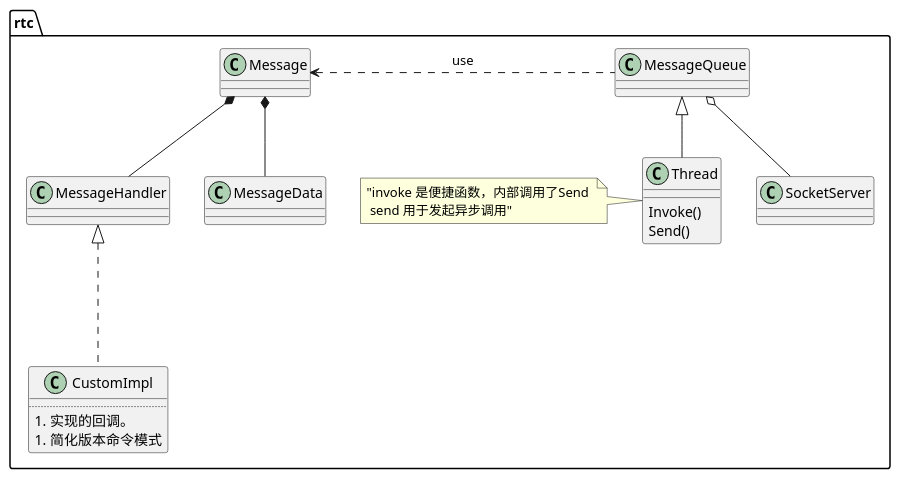
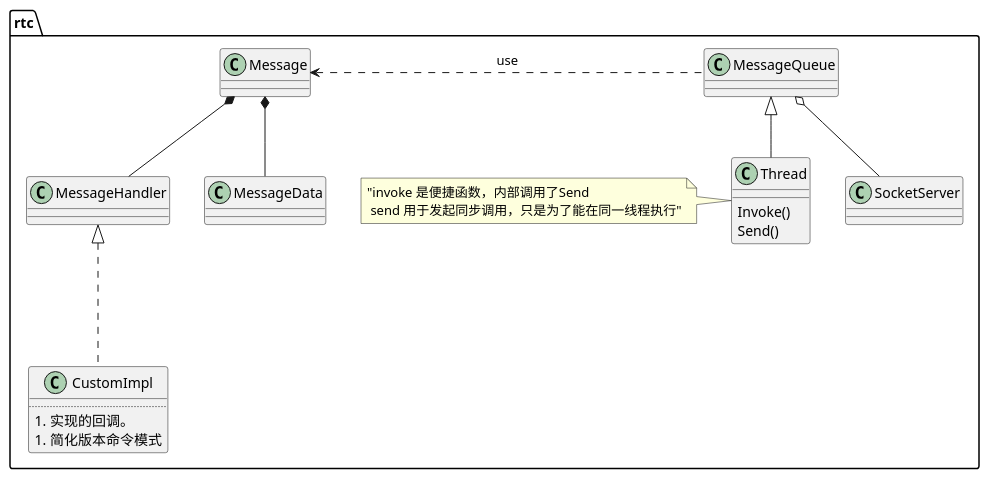
One commit to mingxin505/webrtcNote changed the first of 5 diagrams in webrtc_chrome/Thread.md. Above: the diagram before and after it, drawn with PlantUML. The commit also changed other lines of this file, not shown here.

````diff
--- a/webrtc_chrome/Thread.md
+++ b/webrtc_chrome/Thread.md
@@ -4,23 +4,23 @@
 ```plantuml
 @startuml
 package rtc { 
     class Thread {
         Invoke() 
         Send() 
     }
-    note left: "invoke 是便捷函数，内部调用了Send \n send 用于发起异步调用"
+    note left: "invoke 是便捷函数，内部调用了Send \n send 用于发起同步调用，只是为了能在同一线程执行"
     Thread -up-|> MessageQueue
     MessageQueue ..left.> Message : use
     MessageQueue o-- SocketServer
     Message *-- MessageHandler
     Message *-- MessageData
 
     MessageHandler <|... CustomImpl
     class CustomImpl {
         ....
         1. 实现的回调。
         1. 简化版本命令模式
     }
 }
 @enduml
 ```
````
